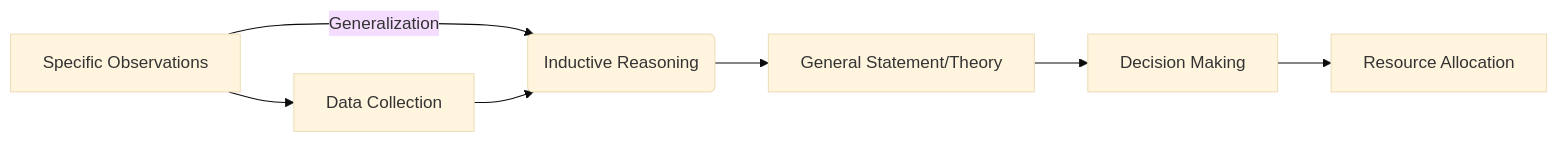
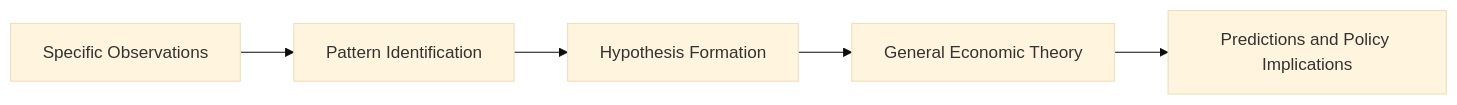
Before and after one commit to DagimAlemayehuu/Ater: the diagram in Obsidian_Vault/2-Academic/Winter 2026/Economics/1_Basics_Of_Economics/Inductive_Reasoning.md, drawn with Mermaid (base theme). The commit also changed other lines of this file and 71 other files, not shown here.

````diff
--- a/Obsidian_Vault/2-Academic/Winter 2026/Economics/1_Basics_Of_Economics/Inductive_Reasoning.md
+++ b/Obsidian_Vault/2-Academic/Winter 2026/Economics/1_Basics_Of_Economics/Inductive_Reasoning.md
@@ -51,11 +51,9 @@
 ```mermaid
 
 graph LR
-    A[Specific Observations] -->|Generalization| B(Inductive Reasoning)
-    B --> C[General Statement/Theory]
-    C --> D[Decision Making]
-    D --> E[Resource Allocation]
-    A --> F[Data Collection]
-    F --> B
+    A[Specific Observations] --> B[Pattern Identification]
+    B --> C[Hypothesis Formation]
+    C --> D[General Economic Theory]
+    D --> E[Predictions and Policy Implications]
 
 ```
````
